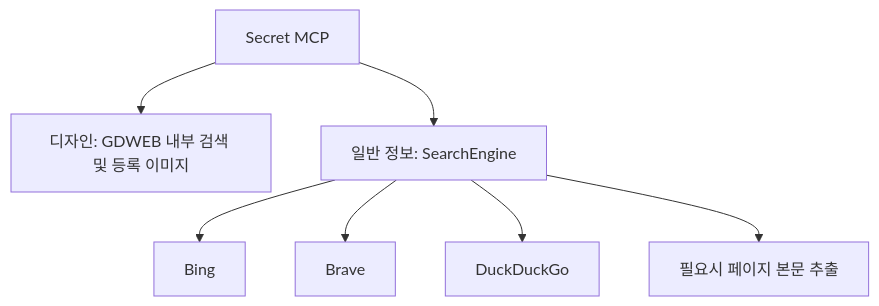
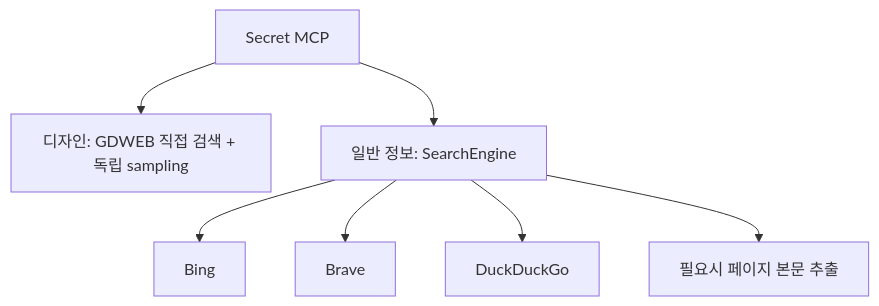
The second of 2 diagrams in README.md (yyeongjin/secret_mcp), drawn with Mermaid before and after one commit. The commit also changed other lines of this file and 8 other files, not shown here.

````diff
--- a/README.md
+++ b/README.md
@@ -150,9 +206,9 @@
 ```mermaid
 flowchart TD
-    MCP["Secret MCP"] --> GDWEB["디자인: GDWEB 내부 검색 및 등록 이미지"]
+    MCP["Secret MCP"] --> GDWEB["디자인: GDWEB 직접 검색 + 독립 sampling"]
     MCP --> General["일반 정보: SearchEngine"]
     General --> Bing["Bing"]
     General --> Brave["Brave"]
     General --> DDG["DuckDuckGo"]
     General --> Extractor["필요시 페이지 본문 추출"]
 ```
````
